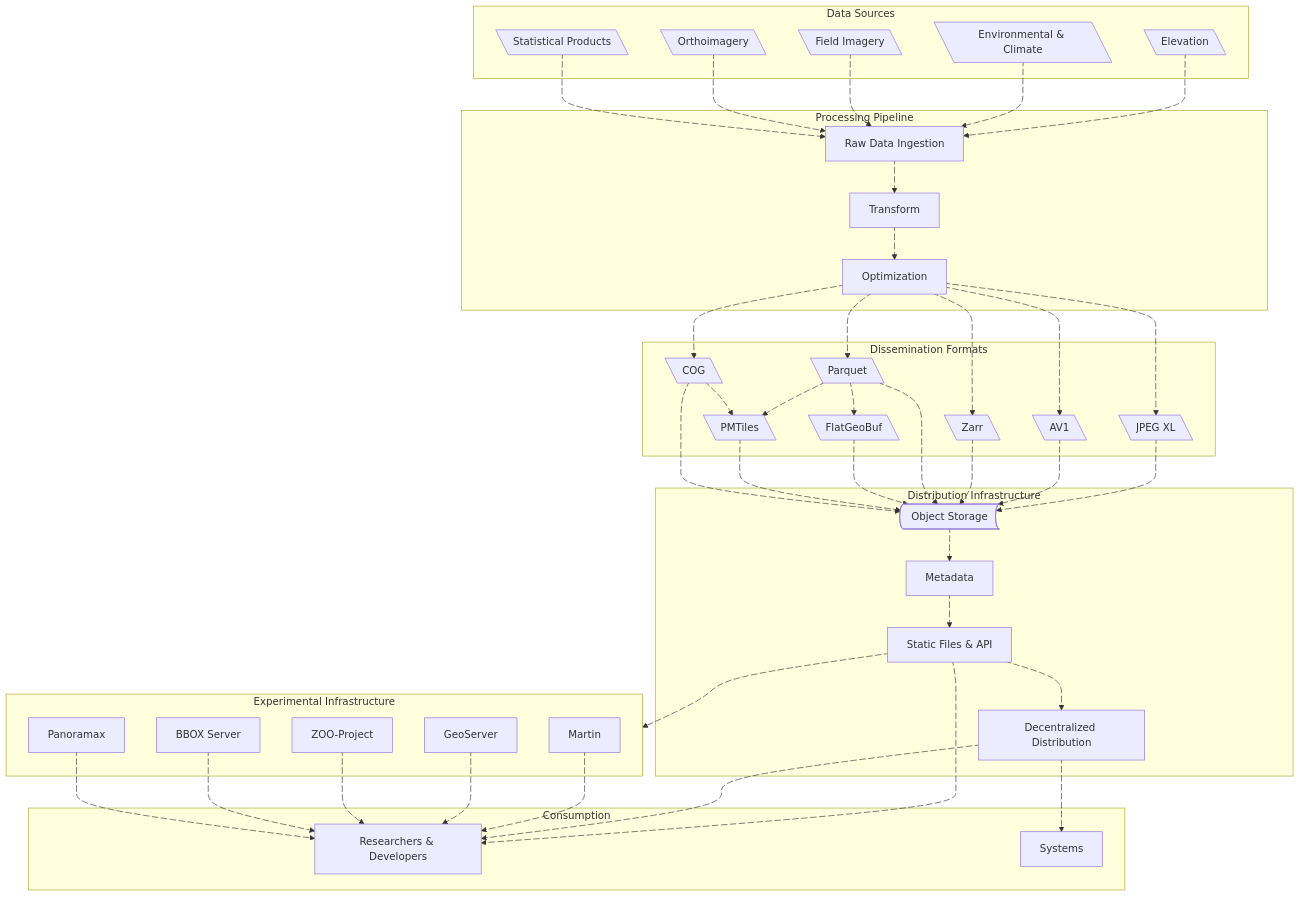
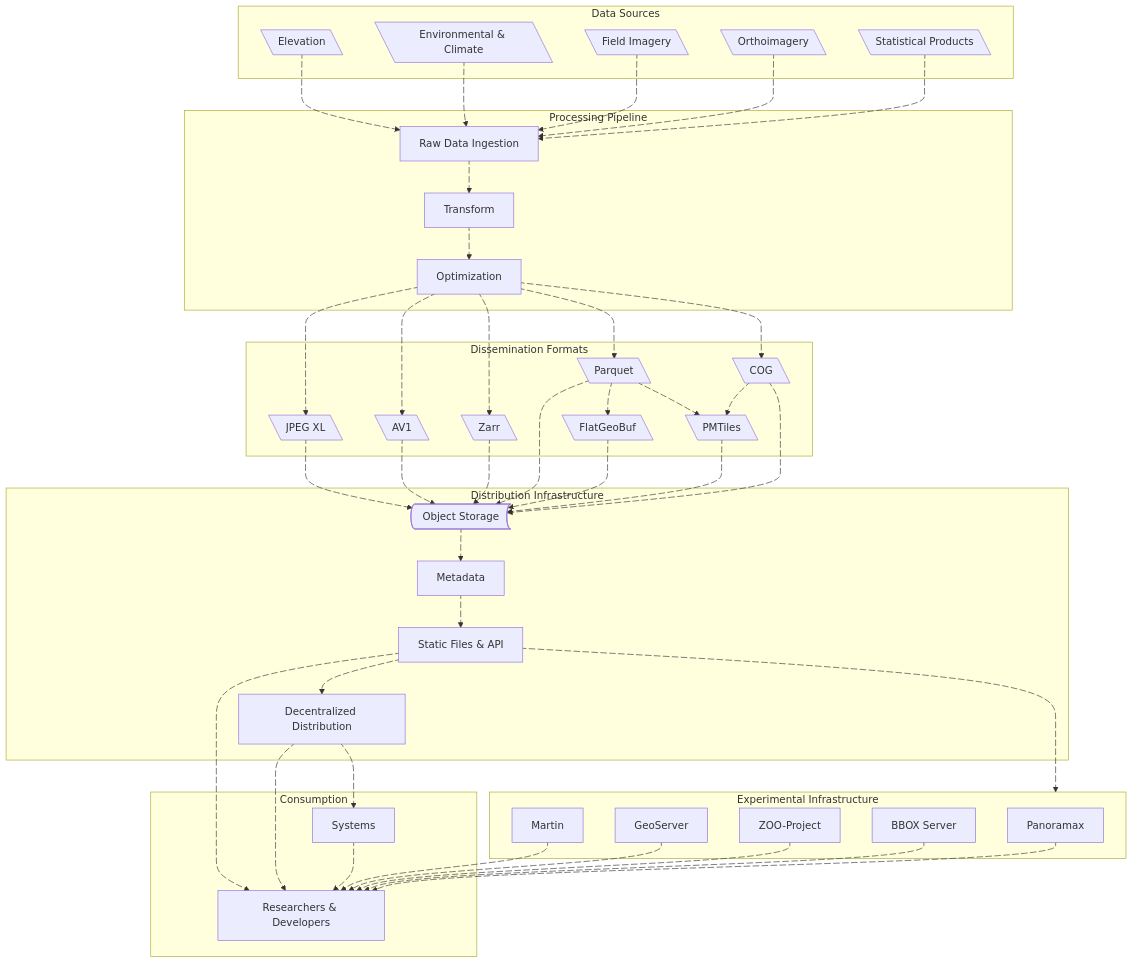
One commit to dataforcanada/www.dataforcanada.org changed the diagram in content/_index.md. Above: the diagram before and after it, drawn with Mermaid.

Commit message:
Simplify high-level overview diagram on homepage

```diff
--- a/content/_index.md
+++ b/content/_index.md
@@ -98,7 +98,7 @@
     Opt a35@--> AV1
     a35@{animate: true, animation: slow}
     AV1 a36@ --> ObjectStorage
-    a36@{animate: true, animation: fast}
+    a36@{animate: true, animation: slow}
     Zarr a30@--> ObjectStorage
     a30@{animate: true, animation: slow}
     Parquet a10@--> ObjectStorage
@@ -125,6 +125,8 @@
     a22@{animate: true, animation: fast}
     DecentralizedDistribution a23@--> DataSci
     a23@{animate: true, animation: fast}
+    Systems a38@ --> DataSci
+    a38@{animate: true, animation: fast}
 
     Martin a24@--> DataSci
     a24@{animate: true, animation: slow}
```
